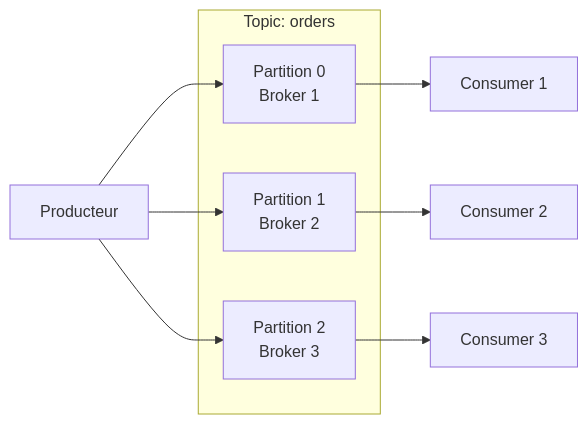
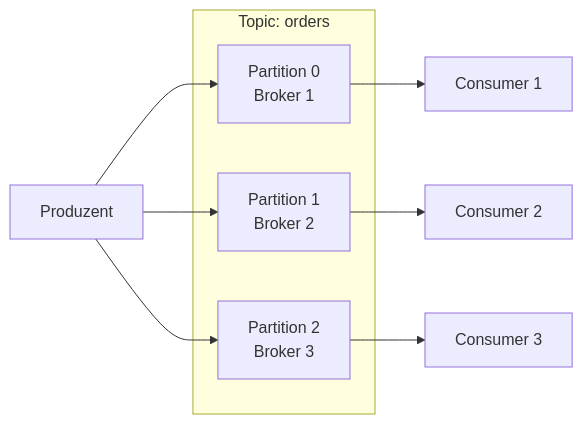
The second of 2 diagrams in i18n/de/docusaurus-plugin-content-docs/current/services/messaging/kafka/concepts.md (HidoraSwiss/hikube-public-doc), drawn with Mermaid before and after one commit. The commit also changed other lines of this file and 121 other files, not shown here.

````diff
--- a/i18n/de/docusaurus-plugin-content-docs/current/services/messaging/kafka/concepts.md
+++ b/i18n/de/docusaurus-plugin-content-docs/current/services/messaging/kafka/concepts.md
@@ -86,16 +86,16 @@
 ```mermaid
 graph LR
     subgraph "Topic: orders"
         P0[Partition 0<br/>Broker 1]
         P1[Partition 1<br/>Broker 2]
         P2[Partition 2<br/>Broker 3]
     end
 
-    Prod[Producteur] --> P0
+    Prod[Produzent] --> P0
     Prod --> P1
     Prod --> P2
 
     P0 --> C1[Consumer 1]
     P1 --> C2[Consumer 2]
     P2 --> C3[Consumer 3]
 ```
````
